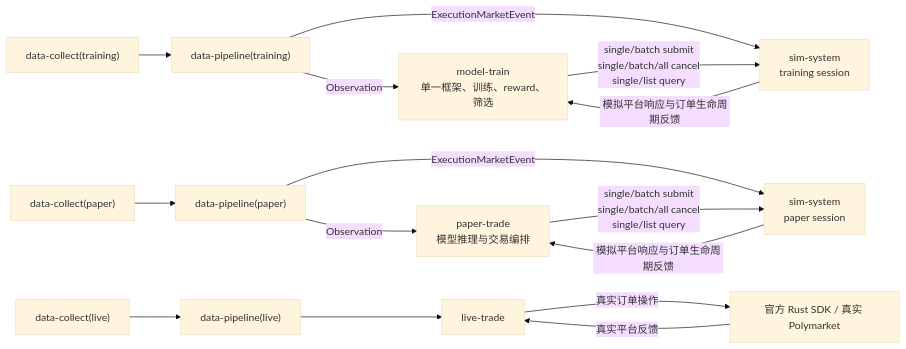
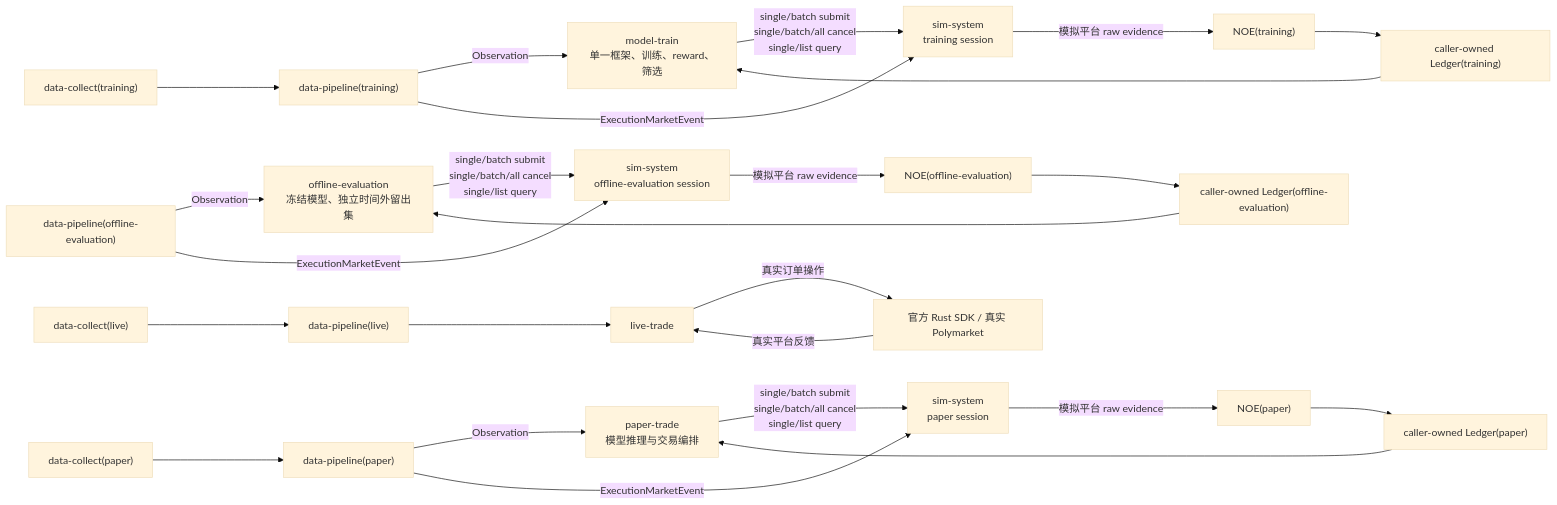
Before and after one commit to slowchillchill/btc-updown-marketmaker: the diagram in demand/sim-system-demand.md, drawn with Mermaid (base theme). The commit also changed other lines of this file and 10 other files, not shown here.

````diff
--- a/demand/sim-system-demand.md
+++ b/demand/sim-system-demand.md
@@ -70,19 +96,30 @@
 ```mermaid
 flowchart LR
     DCT["data-collect(training)"] --> DPT["data-pipeline(training)"]
     DPT -- "Observation" --> MT["model-train<br/>单一框架、训练、reward、筛选"]
     DPT -- "ExecutionMarketEvent" --> SIMT["sim-system<br/>training session"]
     MT -- "single/batch submit<br/>single/batch/all cancel<br/>single/list query" --> SIMT
-    SIMT -- "模拟平台响应与订单生命周期反馈" --> MT
+    SIMT -- "模拟平台 raw evidence" --> NOET["NOE(training)"]
+    NOET --> LEDGERT["caller-owned Ledger(training)"]
+    LEDGERT --> MT
+
+    DPE["data-pipeline(offline-evaluation)"] -- "Observation" --> OE["offline-evaluation<br/>冻结模型、独立时间外留出集"]
+    DPE -- "ExecutionMarketEvent" --> SIME["sim-system<br/>offline-evaluation session"]
+    OE -- "single/batch submit<br/>single/batch/all cancel<br/>single/list query" --> SIME
+    SIME -- "模拟平台 raw evidence" --> NOEE["NOE(offline-evaluation)"]
+    NOEE --> LEDGERE["caller-owned Ledger(offline-evaluation)"]
+    LEDGERE --> OE
 
     DCP["data-collect(paper)"] --> DPP["data-pipeline(paper)"]
     DPP -- "Observation" --> PT["paper-trade<br/>模型推理与交易编排"]
     DPP -- "ExecutionMarketEvent" --> SIMP["sim-system<br/>paper session"]
     PT -- "single/batch submit<br/>single/batch/all cancel<br/>single/list query" --> SIMP
-    SIMP -- "模拟平台响应与订单生命周期反馈" --> PT
+    SIMP -- "模拟平台 raw evidence" --> NOEP["NOE(paper)"]
+    NOEP --> LEDGERP["caller-owned Ledger(paper)"]
+    LEDGERP --> PT
 
     DCL["data-collect(live)"] --> DPL["data-pipeline(live)"]
     DPL --> LT["live-trade"]
     LT -- "真实订单操作" --> VENUE["官方 Rust SDK / 真实 Polymarket"]
     VENUE -- "真实平台反馈" --> LT
 ```
````
